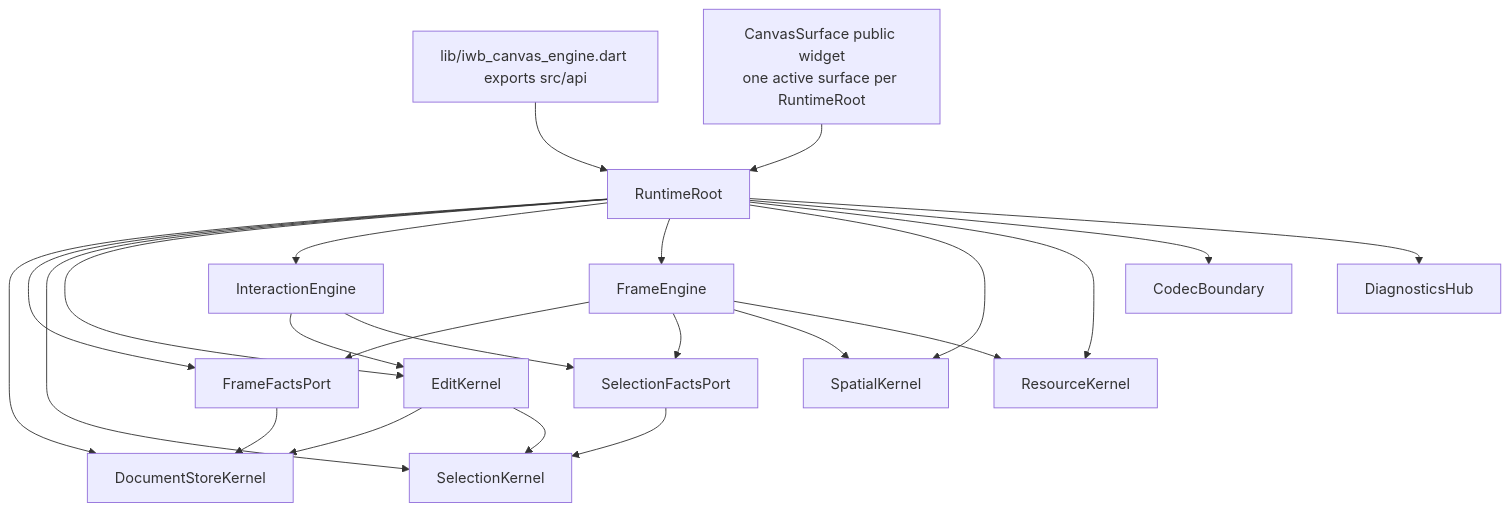
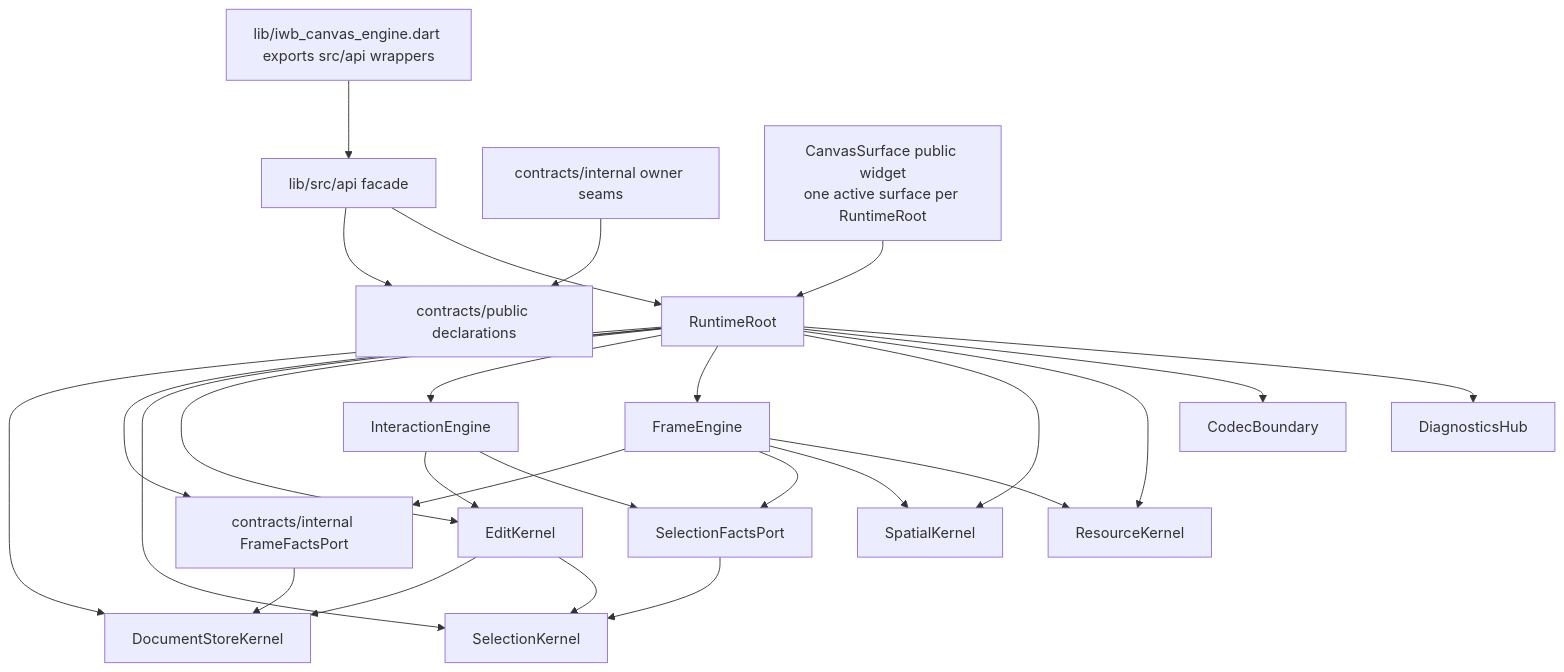
The diagram in docs/diagrams/c4_container.mmd (GreatPika/iwb_canvas_engine), drawn with Mermaid before and after one commit. The commit also changed 32 other files, not shown here.

First line of the commit message:
docs: align architecture graph with contract owners

```diff
--- a/docs/diagrams/c4_container.mmd
+++ b/docs/diagrams/c4_container.mmd
@@ -1,23 +1,26 @@
 flowchart TB
-  Public[lib/iwb_canvas_engine.dart exports src/api] --> RuntimeRoot
+  Public[lib/iwb_canvas_engine.dart exports src/api wrappers] --> API[lib/src/api facade]
+  API --> ContractsPublic[contracts/public declarations]
+  ContractsInternal[contracts/internal owner seams] --> ContractsPublic
+  API --> RuntimeRoot
   Surface["CanvasSurface public widget\none active surface per RuntimeRoot"] --> RuntimeRoot
   RuntimeRoot --> Store[DocumentStoreKernel]
-  RuntimeRoot --> FrameFacts[FrameFactsPort]
+  RuntimeRoot --> FrameFacts[contracts/internal FrameFactsPort]
   RuntimeRoot --> Selection[SelectionKernel]
   RuntimeRoot --> Edit[EditKernel]
   RuntimeRoot --> InteractionEngine
   RuntimeRoot --> FrameEngine
   RuntimeRoot --> Spatial[SpatialKernel]
   RuntimeRoot --> Resource[ResourceKernel]
   RuntimeRoot --> Codec[CodecBoundary]
   RuntimeRoot --> Diagnostics[DiagnosticsHub]
   Edit --> Store
   Edit --> Selection
   FrameFacts --> Store
   FrameEngine --> FrameFacts
   FrameEngine --> SelectionFacts[SelectionFactsPort]
   FrameEngine --> Spatial
   FrameEngine --> Resource
   InteractionEngine --> Edit
   InteractionEngine --> SelectionFacts
   SelectionFacts --> Selection
```
